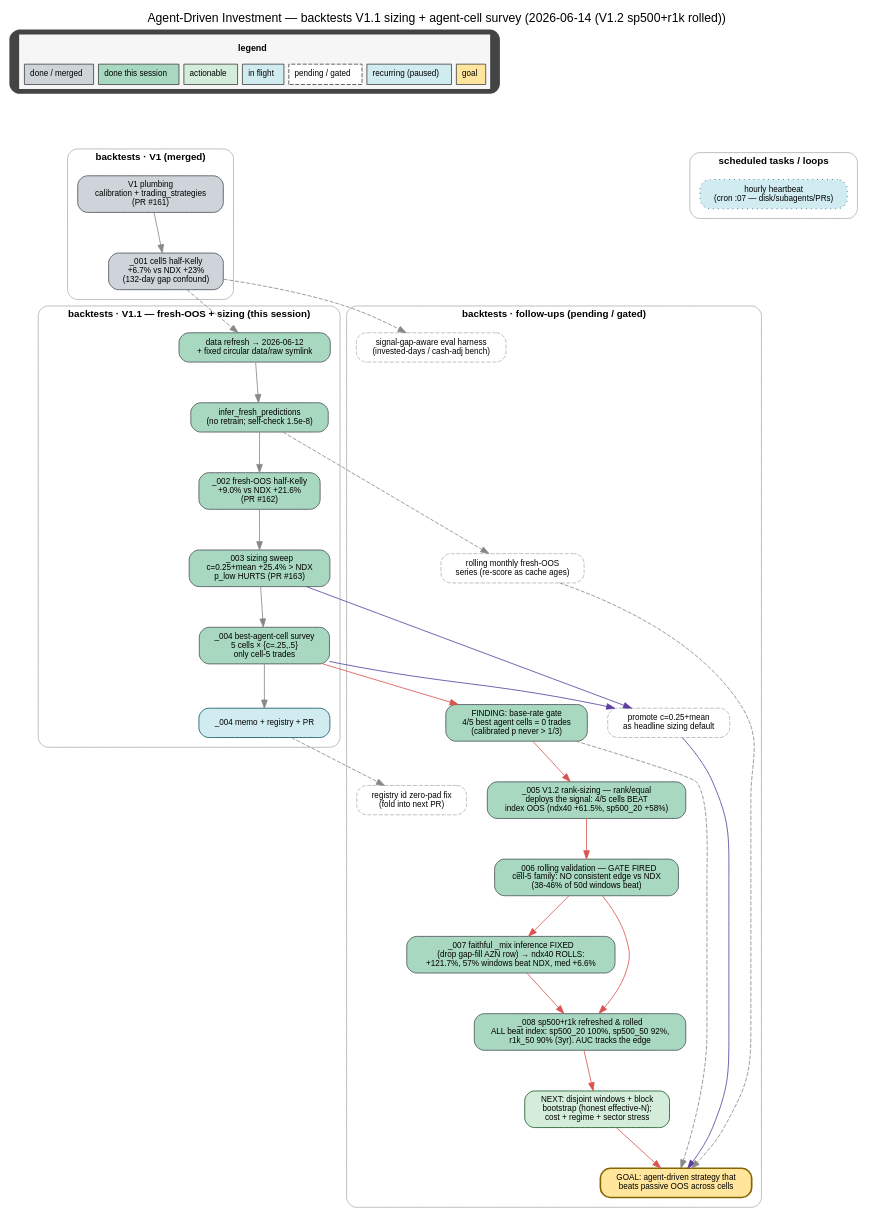
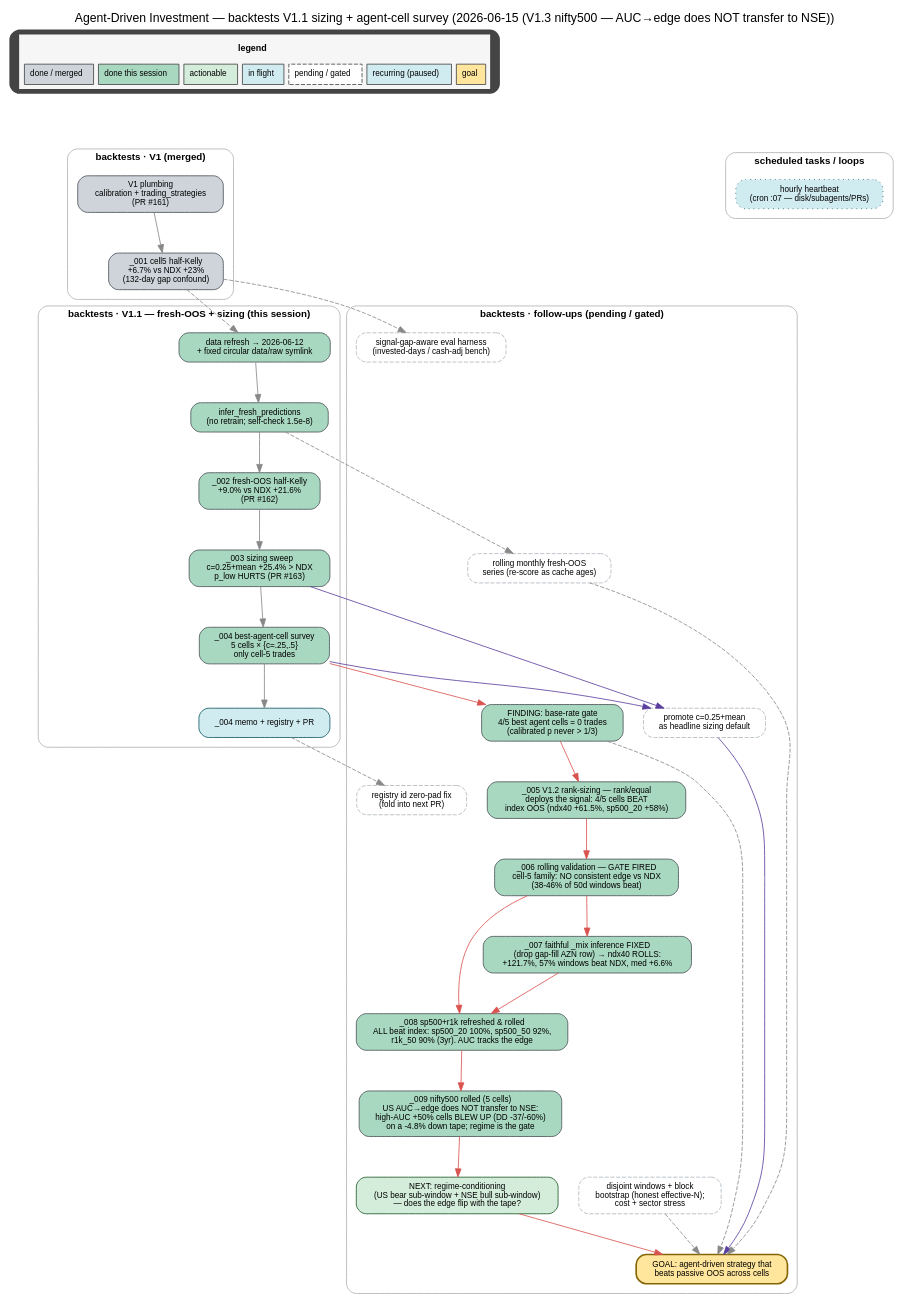
Before and after one commit to shayanrc/agent-driven-investment: the diagram in docs/backtests/figs/deps_graph.dot, drawn with Graphviz. The commit also changed 22 other files, not shown here.

```diff
--- a/docs/backtests/figs/deps_graph.dot
+++ b/docs/backtests/figs/deps_graph.dot
@@ -1,98 +1,102 @@
 digraph deps {
   rankdir=TB;
   newrank=true;
   graph [fontname="Helvetica", bgcolor="white", splines=true, nodesep=0.35, ranksep=0.7,
          labelloc="t", fontsize=15,
-         label="Agent-Driven Investment — backtests V1.1 sizing + agent-cell survey (2026-06-14 (V1.2 sp500+r1k rolled))"];
+         label="Agent-Driven Investment — backtests V1.1 sizing + agent-cell survey (2026-06-15 (V1.3 nifty500 — AUC→edge does NOT transfer to NSE))"];
   node [shape=box, style="rounded,filled", fontname="Helvetica", fontsize=10, margin="0.16,0.09", color="#444444"];
   edge [fontname="Helvetica", fontsize=8, color="#888888"];
 
   /* ---------- legend ---------- */
   legend [shape=plaintext, label=<
     <TABLE BORDER="0" CELLBORDER="1" CELLSPACING="6" CELLPADDING="6" BGCOLOR="#f6f6f6">
       <TR><TD COLSPAN="7" BORDER="0"><FONT FACE="Helvetica" POINT-SIZE="11"><B>legend</B></FONT></TD></TR>
       <TR>
         <TD BGCOLOR="#ced4da"><FONT FACE="Helvetica" POINT-SIZE="10">done / merged</FONT></TD>
         <TD BGCOLOR="#a8d8c0"><FONT FACE="Helvetica" POINT-SIZE="10">done this session</FONT></TD>
         <TD BGCOLOR="#d4edda"><FONT FACE="Helvetica" POINT-SIZE="10">actionable</FONT></TD>
         <TD BGCOLOR="#d1ecf1"><FONT FACE="Helvetica" POINT-SIZE="10">in flight</FONT></TD>
         <TD BGCOLOR="#ffffff" STYLE="dashed"><FONT FACE="Helvetica" POINT-SIZE="10">pending / gated</FONT></TD>
         <TD BGCOLOR="#d1ecf1"><FONT FACE="Helvetica" POINT-SIZE="10">recurring (paused)</FONT></TD>
         <TD BGCOLOR="#ffe69c"><FONT FACE="Helvetica" POINT-SIZE="10">goal</FONT></TD>
       </TR>
     </TABLE>
   >];
   spacer_L [shape=point, width=0.01, style=invis];
   spacer_C [shape=point, width=0.01, style=invis];
   spacer_R [shape=point, width=0.01, style=invis];
   {rank=min;  legend;}
   {rank=same; spacer_L; spacer_C; spacer_R;}
   legend -> spacer_L [style=invis, weight=1];
   legend -> spacer_C [style=invis, weight=100];
   legend -> spacer_R [style=invis, weight=1];
 
   /* ---------- cluster: V1 (merged) ---------- */
   subgraph cluster_v1 { label="backtests · V1 (merged)"; labelloc="t"; fontsize=12; fontname="Helvetica-Bold"; style="rounded"; color="#b0b0b0"; margin=12;
     PLUMBING [label="V1 plumbing\ncalibration + trading_strategies\n(PR #161)", fillcolor="#ced4da", color="#495057"];
     M001 [label="_001 cell5 half-Kelly\n+6.7% vs NDX +23%\n(132-day gap confound)", fillcolor="#ced4da", color="#495057"];
   }
 
   /* ---------- cluster: V1.1 this session ---------- */
   subgraph cluster_session { label="backtests · V1.1 — fresh-OOS + sizing (this session)"; labelloc="t"; fontsize=12; fontname="Helvetica-Bold"; style="rounded"; color="#b0b0b0"; margin=12;
     REFRESH [label="data refresh → 2026-06-12\n+ fixed circular data/raw symlink", fillcolor="#a8d8c0", color="#495057"];
     INFER [label="infer_fresh_predictions\n(no retrain; self-check 1.5e-8)", fillcolor="#a8d8c0", color="#495057"];
     M002 [label="_002 fresh-OOS half-Kelly\n+9.0% vs NDX +21.6%\n(PR #162)", fillcolor="#a8d8c0", color="#495057"];
     M003 [label="_003 sizing sweep\nc=0.25+mean +25.4% > NDX\np_low HURTS (PR #163)", fillcolor="#a8d8c0", color="#495057"];
     M004 [label="_004 best-agent-cell survey\n5 cells × {c=.25,.5}\nonly cell-5 trades", fillcolor="#a8d8c0", color="#495057"];
     M004DOC [label="_004 memo + registry + PR", fillcolor="#d1ecf1", color="#0c5460"];
   }
 
   /* ---------- cluster: follow-ups (pending) ---------- */
   subgraph cluster_follow { label="backtests · follow-ups (pending / gated)"; labelloc="t"; fontsize=12; fontname="Helvetica-Bold"; style="rounded"; color="#b0b0b0"; margin=12;
     PROMOTE [label="promote c=0.25+mean\nas headline sizing default", fillcolor="#ffffff", color="#adb5bd", style="rounded,filled,dashed"];
     BREAKEVEN [label="FINDING: base-rate gate\n4/5 best agent cells = 0 trades\n(calibrated p never > 1/3)", fillcolor="#a8d8c0", color="#495057"];
     RANKSIZE [label="_005 V1.2 rank-sizing — rank/equal\ndeploys the signal: 4/5 cells BEAT\nindex OOS (ndx40 +61.5%, sp500_20 +58%)", fillcolor="#a8d8c0", color="#495057"];
     ROLLVAL [label="_006 rolling validation — GATE FIRED\ncell-5 family: NO consistent edge vs NDX\n(38-46% of 50d windows beat)", fillcolor="#a8d8c0", color="#495057"];
     FAITHFUL [label="_007 faithful _mix inference FIXED\n(drop gap-fill AZN row) → ndx40 ROLLS:\n+121.7%, 57% windows beat NDX, med +6.6%", fillcolor="#a8d8c0", color="#495057"];
     UNIREFRESH [label="_008 sp500+r1k refreshed & rolled\nALL beat index: sp500_20 100%, sp500_50 92%,\nr1k_50 90% (3yr). AUC tracks the edge", fillcolor="#a8d8c0", color="#495057"];
-    BOOTSTRAP [label="NEXT: disjoint windows + block\nbootstrap (honest effective-N);\ncost + regime + sector stress", fillcolor="#d4edda", color="#155724"];
+    NIFTY [label="_009 nifty500 rolled (5 cells)\nUS AUC→edge does NOT transfer to NSE:\nhigh-AUC +50% cells BLEW UP (DD -37/-60%)\non a -4.8% down tape; regime is the gate", fillcolor="#a8d8c0", color="#495057"];
+    REGIME [label="NEXT: regime-conditioning\n(US bear sub-window + NSE bull sub-window)\n— does the edge flip with the tape?", fillcolor="#d4edda", color="#155724"];
+    BOOTSTRAP [label="disjoint windows + block\nbootstrap (honest effective-N);\ncost + sector stress", fillcolor="#ffffff", color="#adb5bd", style="rounded,filled,dashed"];
     ROLLING [label="rolling monthly fresh-OOS\nseries (re-score as cache ages)", fillcolor="#ffffff", color="#adb5bd", style="rounded,filled,dashed"];
     GAPEVAL [label="signal-gap-aware eval harness\n(invested-days / cash-adj bench)", fillcolor="#ffffff", color="#adb5bd", style="rounded,filled,dashed"];
     IDFIX [label="registry id zero-pad fix\n(fold into next PR)", fillcolor="#ffffff", color="#adb5bd", style="rounded,filled,dashed"];
     GOAL [label="GOAL: agent-driven strategy that\nbeats passive OOS across cells", fillcolor="#ffe69c", color="#856404", penwidth=2];
   }
 
   /* ---------- cluster: scheduled ---------- */
   subgraph cluster_sched { label="scheduled tasks / loops"; labelloc="t"; fontsize=12; fontname="Helvetica-Bold"; style="rounded"; color="#b0b0b0"; margin=12;
     WAKE [label="hourly heartbeat\n(cron :07 — disk/subagents/PRs)", fillcolor="#d1ecf1", color="#0c5460", style="rounded,filled,dotted"];
   }
 
   /* anchors: every cluster top node pulled from a spacer */
   spacer_L -> PLUMBING [style=invis, weight=100];
   spacer_C -> REFRESH  [style=invis, weight=100];
   spacer_R -> PROMOTE  [style=invis, weight=100];
   spacer_R -> WAKE     [style=invis, weight=20];
 
   /* ---------- dependency edges ---------- */
   PLUMBING -> M001;
   M001 -> REFRESH [style=dashed];
   REFRESH -> INFER -> M002 -> M003;
   M003 -> M004;
   M004 -> M004DOC;
   M003 -> PROMOTE [color="#5a3e9e"];
   M004 -> PROMOTE [color="#5a3e9e"];
   M004 -> BREAKEVEN [color="#d9534f"];
   BREAKEVEN -> RANKSIZE [color="#d9534f"];
   RANKSIZE -> ROLLVAL [color="#d9534f"];
   ROLLVAL -> FAITHFUL [color="#d9534f"];
   ROLLVAL -> UNIREFRESH [color="#d9534f"];
   FAITHFUL -> UNIREFRESH [color="#d9534f"];
-  UNIREFRESH -> BOOTSTRAP [color="#d9534f"];
-  BOOTSTRAP -> GOAL [color="#d9534f"];
+  UNIREFRESH -> NIFTY [color="#d9534f"];
+  NIFTY -> REGIME [color="#d9534f"];
+  REGIME -> GOAL [color="#d9534f"];
+  BOOTSTRAP -> GOAL [style=dashed];
   INFER -> ROLLING [style=dashed];
   M001 -> GAPEVAL [style=dashed];
   M004DOC -> IDFIX [style=dashed];
   PROMOTE -> GOAL [color="#5a3e9e"];
   ROLLING -> GOAL [style=dashed];
   BREAKEVEN -> GOAL [style=dashed];
 }
```
